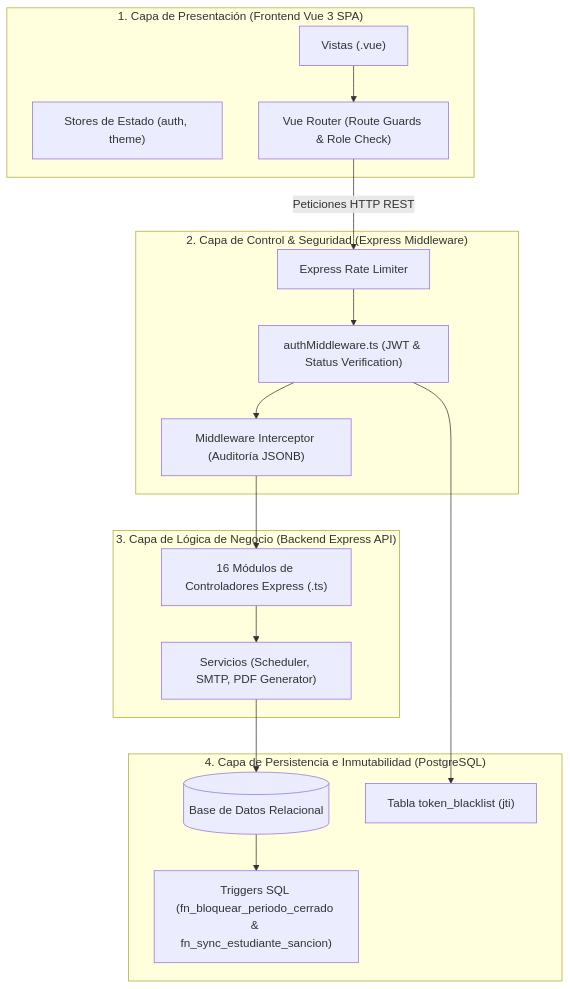
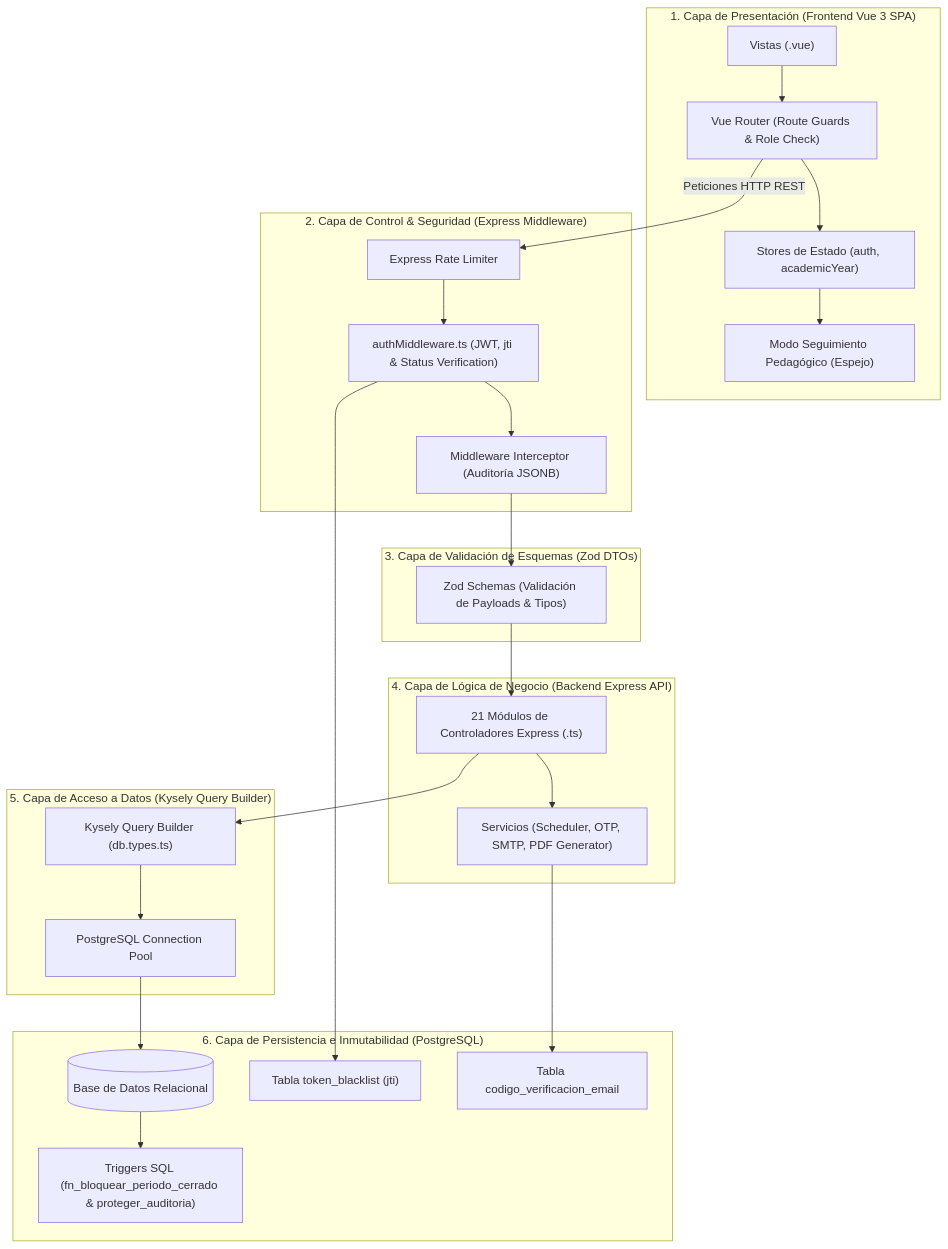
The first of 2 diagrams in guides/AcademiaNeiva_Documento_Tecnico.md (DanExl24/AcademiaNeiva), drawn with Mermaid before and after one commit. The commit also changed other lines of this file, not shown here.

Commit message:
docs: actualizar Documento Tecnico a v2.5.0 con Kysely, Zod, ADR-010/011 y arquitectura de 21 modulos

````diff
--- a/guides/AcademiaNeiva_Documento_Tecnico.md
+++ b/guides/AcademiaNeiva_Documento_Tecnico.md
@@ -59,35 +60,52 @@
 ```mermaid
 graph TD
     subgraph ClientLayer ["1. Capa de Presentación (Frontend Vue 3 SPA)"]
         Views["Vistas (.vue)"]
-        Pinia["Stores de Estado (auth, theme)"]
+        Pinia["Stores de Estado (auth, academicYear)"]
         Router["Vue Router (Route Guards & Role Check)"]
+        MonitoreoUI["Modo Seguimiento Pedagógico (Espejo)"]
     end
 
     subgraph SecurityLayer ["2. Capa de Control & Seguridad (Express Middleware)"]
         Limiter["Express Rate Limiter"]
-        AuthMid["authMiddleware.ts (JWT & Status Verification)"]
+        AuthMid["authMiddleware.ts (JWT, jti & Status Verification)"]
         AuditMid["Middleware Interceptor (Auditoría JSONB)"]
     end
 
-    subgraph ApplicationLayer ["3. Capa de Lógica de Negocio (Backend Express API)"]
-        Controllers["16 Módulos de Controladores Express (.ts)"]
-        Services["Servicios (Scheduler, SMTP, PDF Generator)"]
+    subgraph ValidationLayer ["3. Capa de Validación de Esquemas (Zod DTOs)"]
+        ZodSchemas["Zod Schemas (Validación de Payloads & Tipos)"]
     end
 
-    subgraph DatabaseLayer ["4. Capa de Persistencia e Inmutabilidad (PostgreSQL)"]
+    subgraph ApplicationLayer ["4. Capa de Lógica de Negocio (Backend Express API)"]
+        Controllers["21 Módulos de Controladores Express (.ts)"]
+        Services["Servicios (Scheduler, OTP, SMTP, PDF Generator)"]
+    end
+
+    subgraph DataAccessLayer ["5. Capa de Acceso a Datos (Kysely Query Builder)"]
+        Kysely["Kysely Query Builder (db.types.ts)"]
+        Pool["PostgreSQL Connection Pool"]
+    end
+
+    subgraph DatabaseLayer ["6. Capa de Persistencia e Inmutabilidad (PostgreSQL)"]
         Tables[(Base de Datos Relacional)]
-        Triggers["Triggers SQL (fn_bloquear_periodo_cerrado & fn_sync_estudiante_sancion)"]
+        Triggers["Triggers SQL (fn_bloquear_periodo_cerrado & proteger_auditoria)"]
         Blacklist["Tabla token_blacklist (jti)"]
+        OTPStore["Tabla codigo_verificacion_email"]
     end
 
     Views --> Router
+    Router --> Pinia
+    Pinia --> MonitoreoUI
     Router -->|Peticiones HTTP REST| Limiter
     Limiter --> AuthMid
     AuthMid --> AuditMid
-    AuditMid --> Controllers
+    AuditMid --> ZodSchemas
+    ZodSchemas --> Controllers
     Controllers --> Services
-    Services --> Tables
+    Controllers --> Kysely
+    Kysely --> Pool
+    Pool --> Tables
     Tables --> Triggers
     AuthMid --> Blacklist
+    Services --> OTPStore
 ```
````
